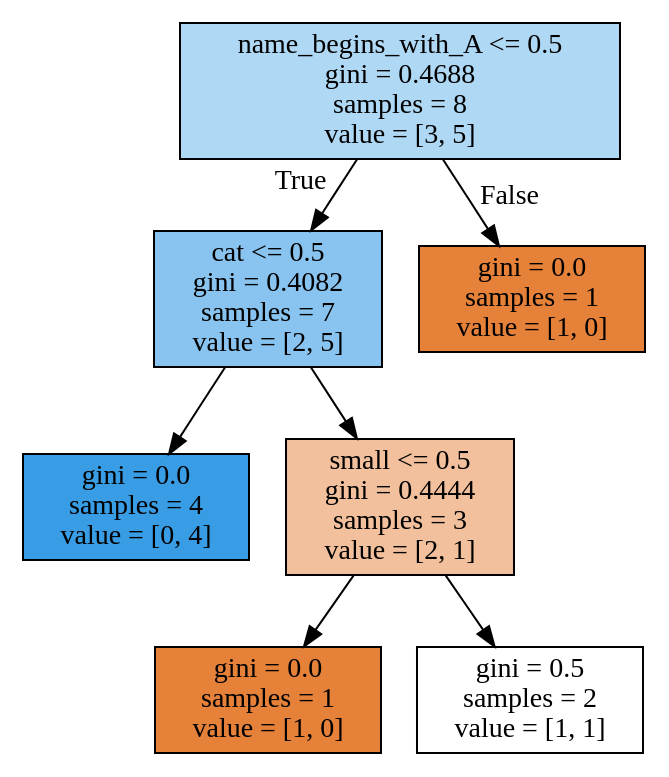
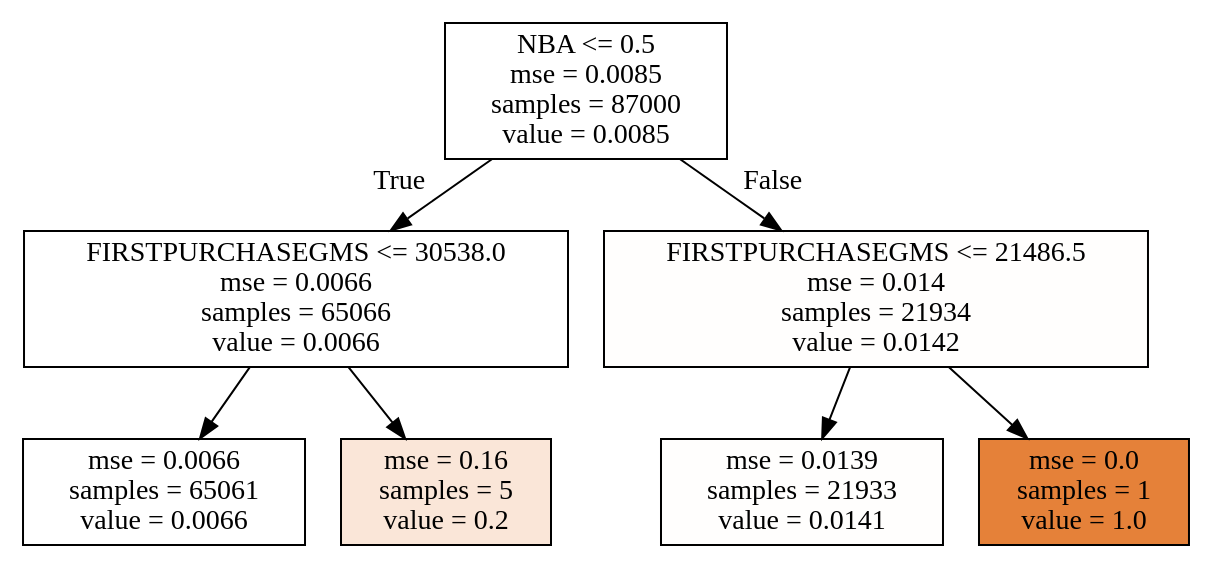
One commit to ishi1987/DS-SF-36 changed the diagram in final-project/1/tree.dot. Above: the diagram before and after it, drawn with Graphviz. The commit also changed 4 other files, not shown here.

```diff
--- a/final-project/1/tree.dot
+++ b/final-project/1/tree.dot
@@ -1,16 +1,16 @@
 digraph Tree {
 node [shape=box, style="filled", color="black"] ;
-0 [label="name_begins_with_A <= 0.5\ngini = 0.4688\nsamples = 8\nvalue = [3, 5]", fillcolor="#399de566"] ;
-1 [label="cat <= 0.5\ngini = 0.4082\nsamples = 7\nvalue = [2, 5]", fillcolor="#399de599"] ;
+0 [label="NBA <= 0.5\nmse = 0.0085\nsamples = 87000\nvalue = 0.0085", fillcolor="#e5813900"] ;
+1 [label="FIRSTPURCHASEGMS <= 30538.0\nmse = 0.0066\nsamples = 65066\nvalue = 0.0066", fillcolor="#e5813900"] ;
 0 -> 1 [labeldistance=2.5, labelangle=45, headlabel="True"] ;
-2 [label="gini = 0.0\nsamples = 4\nvalue = [0, 4]", fillcolor="#399de5ff"] ;
+2 [label="mse = 0.0066\nsamples = 65061\nvalue = 0.0066", fillcolor="#e5813900"] ;
 1 -> 2 ;
-3 [label="small <= 0.5\ngini = 0.4444\nsamples = 3\nvalue = [2, 1]", fillcolor="#e581397f"] ;
+3 [label="mse = 0.16\nsamples = 5\nvalue = 0.2", fillcolor="#e5813932"] ;
 1 -> 3 ;
-4 [label="gini = 0.0\nsamples = 1\nvalue = [1, 0]", fillcolor="#e58139ff"] ;
-3 -> 4 ;
-5 [label="gini = 0.5\nsamples = 2\nvalue = [1, 1]", fillcolor="#e5813900"] ;
-3 -> 5 ;
-6 [label="gini = 0.0\nsamples = 1\nvalue = [1, 0]", fillcolor="#e58139ff"] ;
-0 -> 6 [labeldistance=2.5, labelangle=-45, headlabel="False"] ;
+4 [label="FIRSTPURCHASEGMS <= 21486.5\nmse = 0.014\nsamples = 21934\nvalue = 0.0142", fillcolor="#e5813902"] ;
+0 -> 4 [labeldistance=2.5, labelangle=-45, headlabel="False"] ;
+5 [label="mse = 0.0139\nsamples = 21933\nvalue = 0.0141", fillcolor="#e5813902"] ;
+4 -> 5 ;
+6 [label="mse = 0.0\nsamples = 1\nvalue = 1.0", fillcolor="#e58139ff"] ;
+4 -> 6 ;
 }
```
